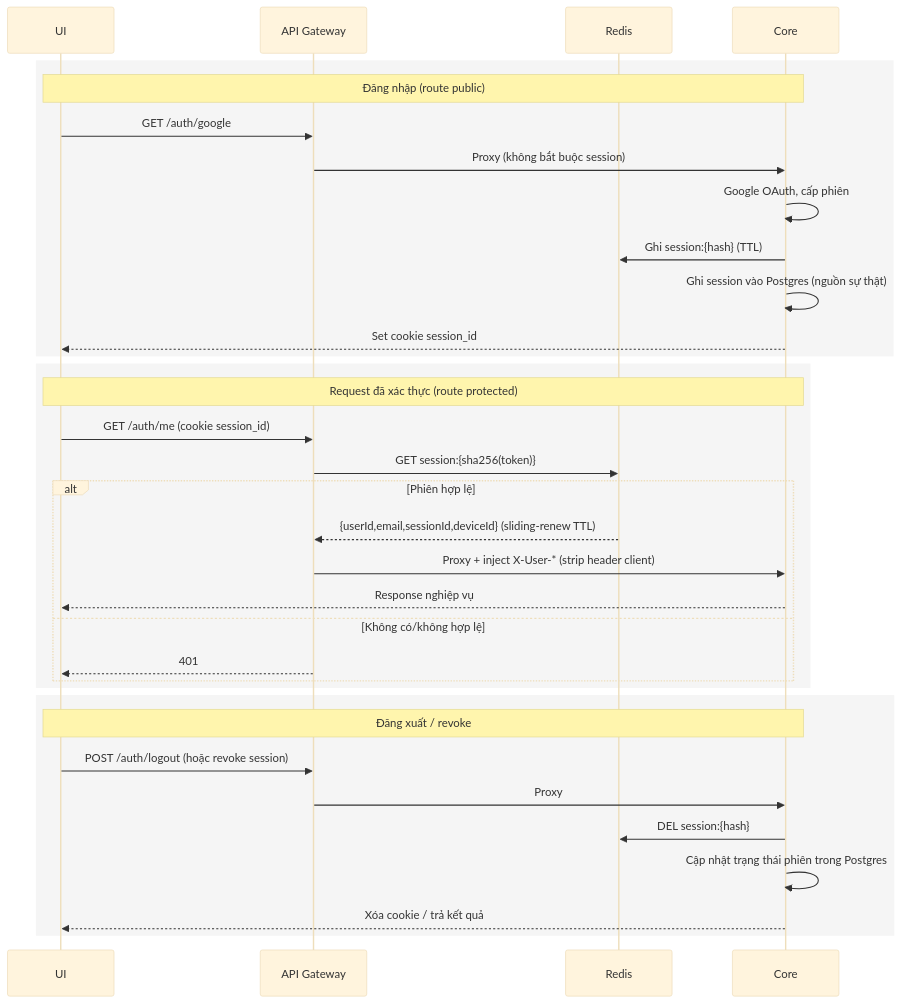
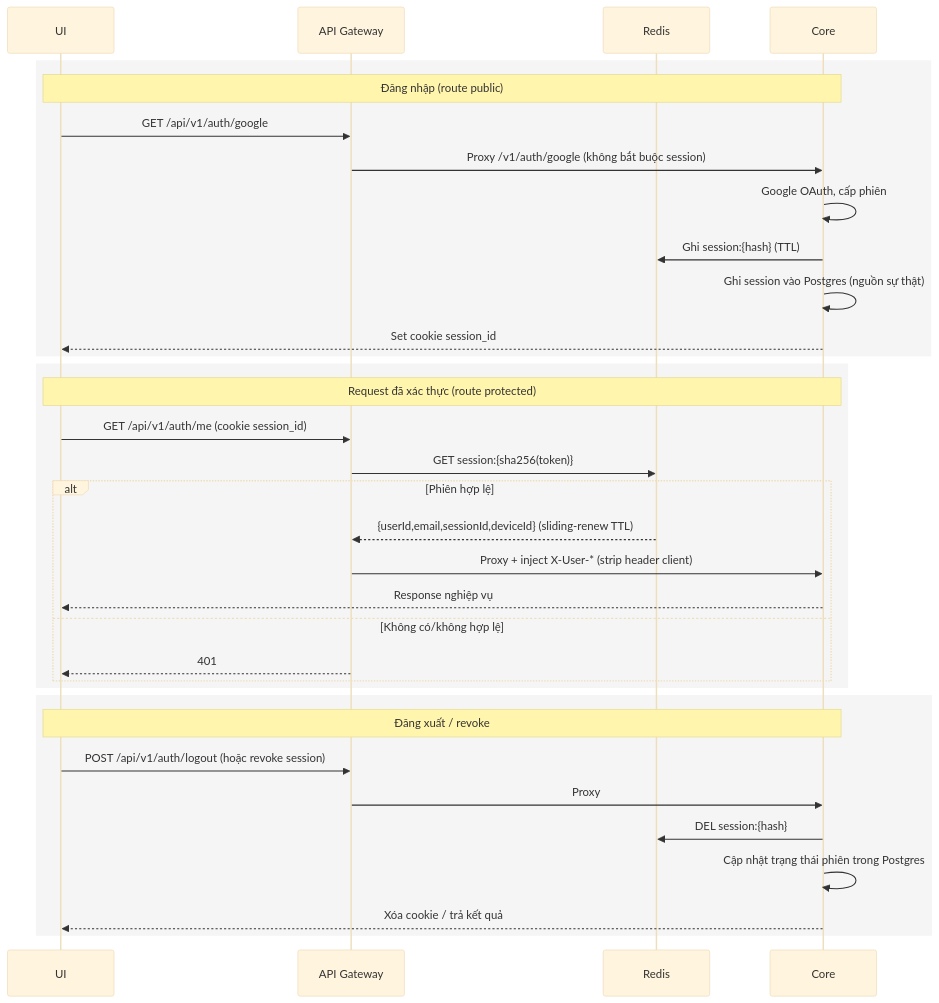
The fifth of 8 diagrams in docs/system-architecture-20260522.md (CVThien2k2/joytab), drawn with Mermaid (base theme) before and after one commit. The commit also changed other lines of this file and 3 other files, not shown here.

````diff
--- a/docs/system-architecture-20260522.md
+++ b/docs/system-architecture-20260522.md
@@ -81,39 +81,39 @@
 ```mermaid
 sequenceDiagram
   participant UI
   participant GW as API Gateway
   participant RD as Redis
   participant CORE as Core
 
   rect rgb(245,245,245)
   note over UI,CORE: Đăng nhập (route public)
-  UI->>GW: GET /auth/google
-  GW->>CORE: Proxy (không bắt buộc session)
+  UI->>GW: GET /api/v1/auth/google
+  GW->>CORE: Proxy /v1/auth/google (không bắt buộc session)
   CORE->>CORE: Google OAuth, cấp phiên
   CORE->>RD: Ghi session:{hash} (TTL)
   CORE->>CORE: Ghi session vào Postgres (nguồn sự thật)
   CORE-->>UI: Set cookie session_id
   end
 
   rect rgb(245,245,245)
   note over UI,CORE: Request đã xác thực (route protected)
-  UI->>GW: GET /auth/me (cookie session_id)
+  UI->>GW: GET /api/v1/auth/me (cookie session_id)
   GW->>RD: GET session:{sha256(token)}
   alt Phiên hợp lệ
     RD-->>GW: {userId,email,sessionId,deviceId} (sliding-renew TTL)
     GW->>CORE: Proxy + inject X-User-* (strip header client)
     CORE-->>UI: Response nghiệp vụ
   else Không có/không hợp lệ
     GW-->>UI: 401
   end
   end
 
   rect rgb(245,245,245)
   note over UI,CORE: Đăng xuất / revoke
-  UI->>GW: POST /auth/logout (hoặc revoke session)
+  UI->>GW: POST /api/v1/auth/logout (hoặc revoke session)
   GW->>CORE: Proxy
   CORE->>RD: DEL session:{hash}
   CORE->>CORE: Cập nhật trạng thái phiên trong Postgres
   CORE-->>UI: Xóa cookie / trả kết quả
   end
 ```
````
